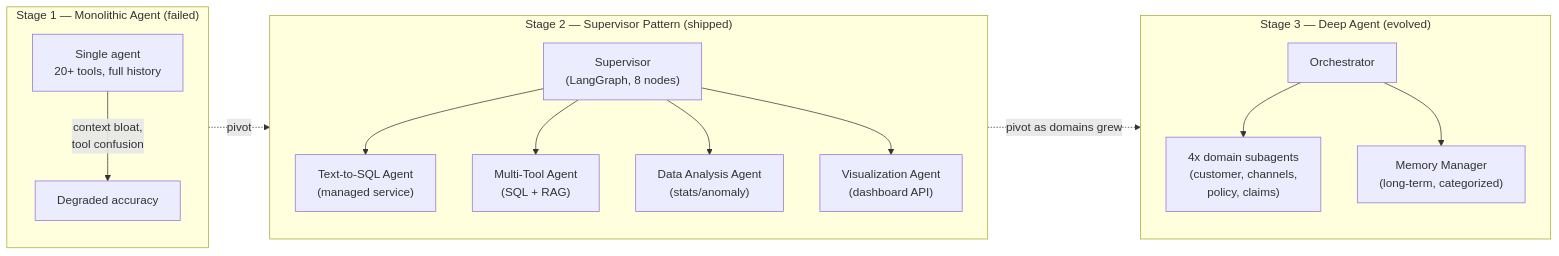
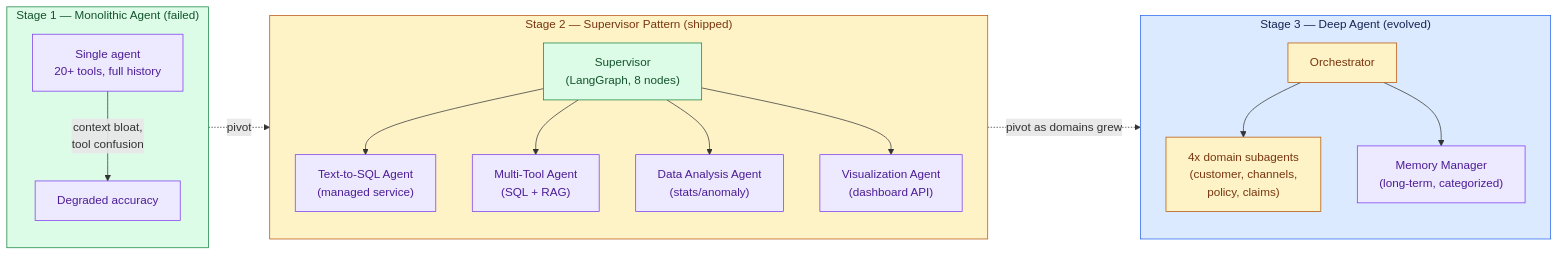
The first of 2 diagrams in site/content/modules/15-fde-case-studies/knowledge-retrieval/nl-over-governed-data/full-pack-part-4.md (Sourav692/Forward-Deployed-Engineer-Interview-Prep), drawn with Mermaid before and after one commit. The commit also changed other lines of this file and 1268 other files, not shown here.

First line of the commit message:
content: polish Casebook writing and Mermaid diagrams (#251)

````diff
--- a/site/content/modules/15-fde-case-studies/knowledge-retrieval/nl-over-governed-data/full-pack-part-4.md
+++ b/site/content/modules/15-fde-case-studies/knowledge-retrieval/nl-over-governed-data/full-pack-part-4.md
@@ -60,18 +79,28 @@
 ```mermaid
 flowchart LR
     subgraph S1["Stage 1 — Monolithic Agent (failed)"]
         A1["Single agent<br/>20+ tools, full history"] -->|context bloat,<br/>tool confusion| A2["Degraded accuracy"]
     end
     subgraph S2["Stage 2 — Supervisor Pattern (shipped)"]
         B1["Supervisor<br/>(LangGraph, 8 nodes)"] --> B2["Text-to-SQL Agent<br/>(managed service)"]
         B1 --> B3["Multi-Tool Agent<br/>(SQL + RAG)"]
         B1 --> B4["Data Analysis Agent<br/>(stats/anomaly)"]
         B1 --> B5["Visualization Agent<br/>(dashboard API)"]
     end
     subgraph S3["Stage 3 — Deep Agent (evolved)"]
         C1["Orchestrator"] --> C2["4x domain subagents<br/>(customer, channels,<br/>policy, claims)"]
         C1 --> C3["Memory Manager<br/>(long-term, categorized)"]
     end
     S1 -.pivot.-> S2
     S2 -.pivot as domains grew.-> S3
+
+    %% Casebook colours: entry, reasoning, results, controls, and stopped paths.
+    classDef cbReason fill:#ede9fe,stroke:#7c3aed,color:#4c1d95
+    class A1,A2,B2,B3,B4,B5,C3 cbReason
+    classDef cbAction fill:#dcfce7,stroke:#15803d,color:#14532d
+    class B1,S1 cbAction
+    classDef cbPolicy fill:#fef3c7,stroke:#b45309,color:#78350f
+    class C1,C2,S2 cbPolicy
+    classDef cbInput fill:#dbeafe,stroke:#2563eb,color:#172554
+    class S3 cbInput
 ```
````
